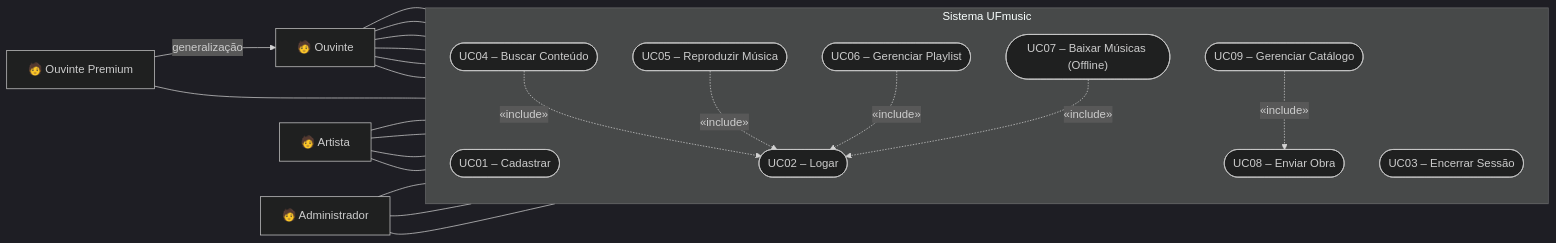
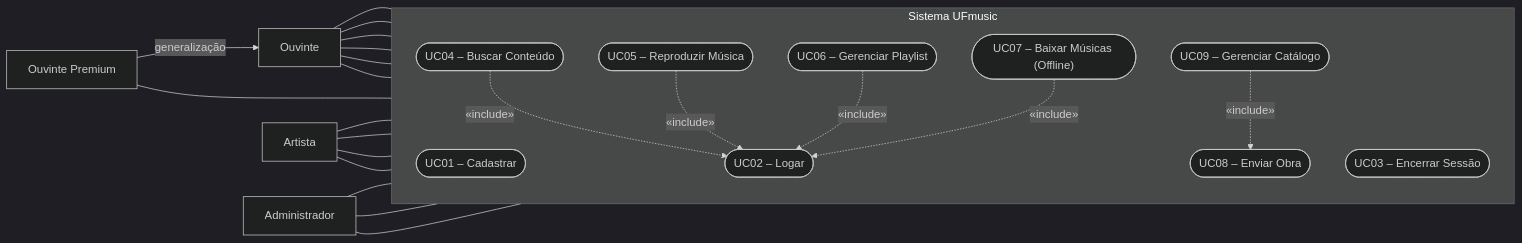
One commit to Jorge0670/TRABALHO-ER changed the first of 7 diagrams in README.md. Above: the diagram before and after it, drawn with Mermaid (dark theme). The commit also changed other lines of this file, not shown here.

Commit message:
Fix actor labels in README.md flowchart
Updated actor labels in flowchart for consistency.

````diff
--- a/README.md
+++ b/README.md
@@ -130,53 +130,53 @@
 ```mermaid
 flowchart LR
     %% Atores
-    OUV["🧑 Ouvinte"]
-    PRE["🧑 Ouvinte Premium"]
-    ART["🧑 Artista"]
-    ADM["🧑 Administrador"]
+    OUV["Ouvinte"]
+    PRE["Ouvinte Premium"]
+    ART["Artista"]
+    ADM["Administrador"]
 
     subgraph SIS["Sistema UFmusic"]
         direction TB
         UC01(["UC01 – Cadastrar"])
         UC02(["UC02 – Logar"])
         UC03(["UC03 – Encerrar Sessão"])
         UC04(["UC04 – Buscar Conteúdo"])
         UC05(["UC05 – Reproduzir Música"])
         UC06(["UC06 – Gerenciar Playlist"])
         UC07(["UC07 – Baixar Músicas (Offline)"])
         UC08(["UC08 – Enviar Obra"])
         UC09(["UC09 – Gerenciar Catálogo"])
     end
 
     %% Generalização
     PRE -->|"generalização"| OUV
 
     %% Ouvinte
     OUV --- UC01
     OUV --- UC02
     OUV --- UC03
     OUV --- UC04
     OUV --- UC05
     OUV --- UC06
 
     %% Ouvinte Premium
     PRE --- UC07
 
     %% Artista
     ART --- UC01
     ART --- UC02
     ART --- UC03
     ART --- UC08
 
     %% Administrador
     ADM --- UC02
     ADM --- UC03
     ADM --- UC09
 
     %% Relacionamentos entre casos de uso
     UC04 -.->|"«include»"| UC02
     UC05 -.->|"«include»"| UC02
     UC06 -.->|"«include»"| UC02
     UC07 -.->|"«include»"| UC02
     UC09 -.->|"«include»"| UC08
 ```
````
